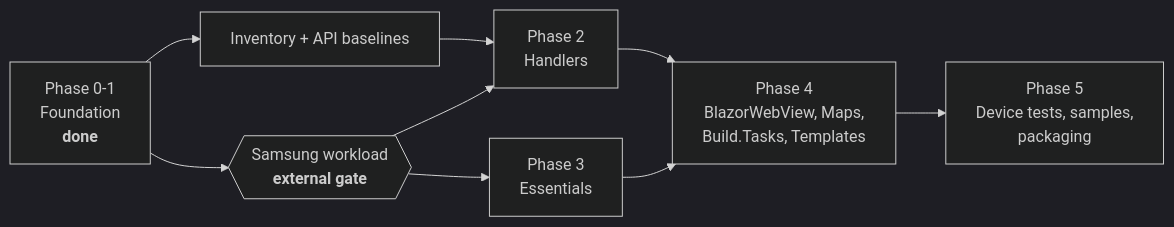
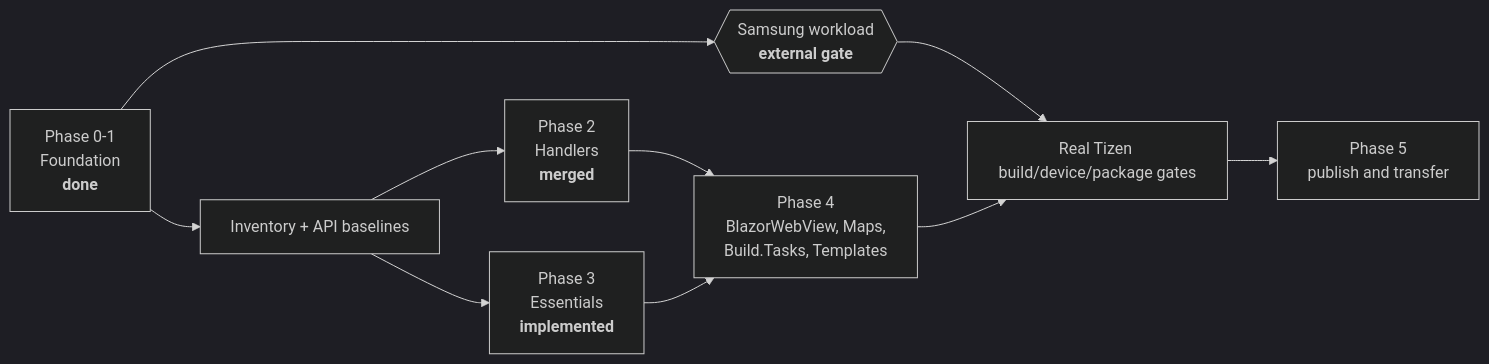
One commit to Redth/Maui.Tizen changed the diagram in docs/migration.md. Above: the diagram before and after it, drawn with Mermaid (dark theme). The commit also changed other lines of this file and 65 other files, not shown here.

First line of the commit message:
Harden Tizen Essentials native contracts

````diff
--- a/docs/migration.md
+++ b/docs/migration.md
@@ -231,11 +252,12 @@
 ```mermaid
 graph LR
     F["Phase 0-1<br/>Foundation<br/><b>done</b>"] --> I["Inventory + API baselines"]
     F --> G{{"Samsung workload<br/><b>external gate</b>"}}
-    I --> H["Phase 2<br/>Handlers"]
-    G --> H
-    G --> E["Phase 3<br/>Essentials"]
+    I --> H["Phase 2<br/>Handlers<br/><b>merged</b>"]
+    I --> E["Phase 3<br/>Essentials<br/><b>implemented</b>"]
+    G --> D["Real Tizen build/device/package gates"]
     H --> X["Phase 4<br/>BlazorWebView, Maps,<br/>Build.Tasks, Templates"]
     E --> X
-    X --> P["Phase 5<br/>Device tests, samples,<br/>packaging"]
+    X --> D
+    D --> P["Phase 5<br/>publish and transfer"]
 ```
````
